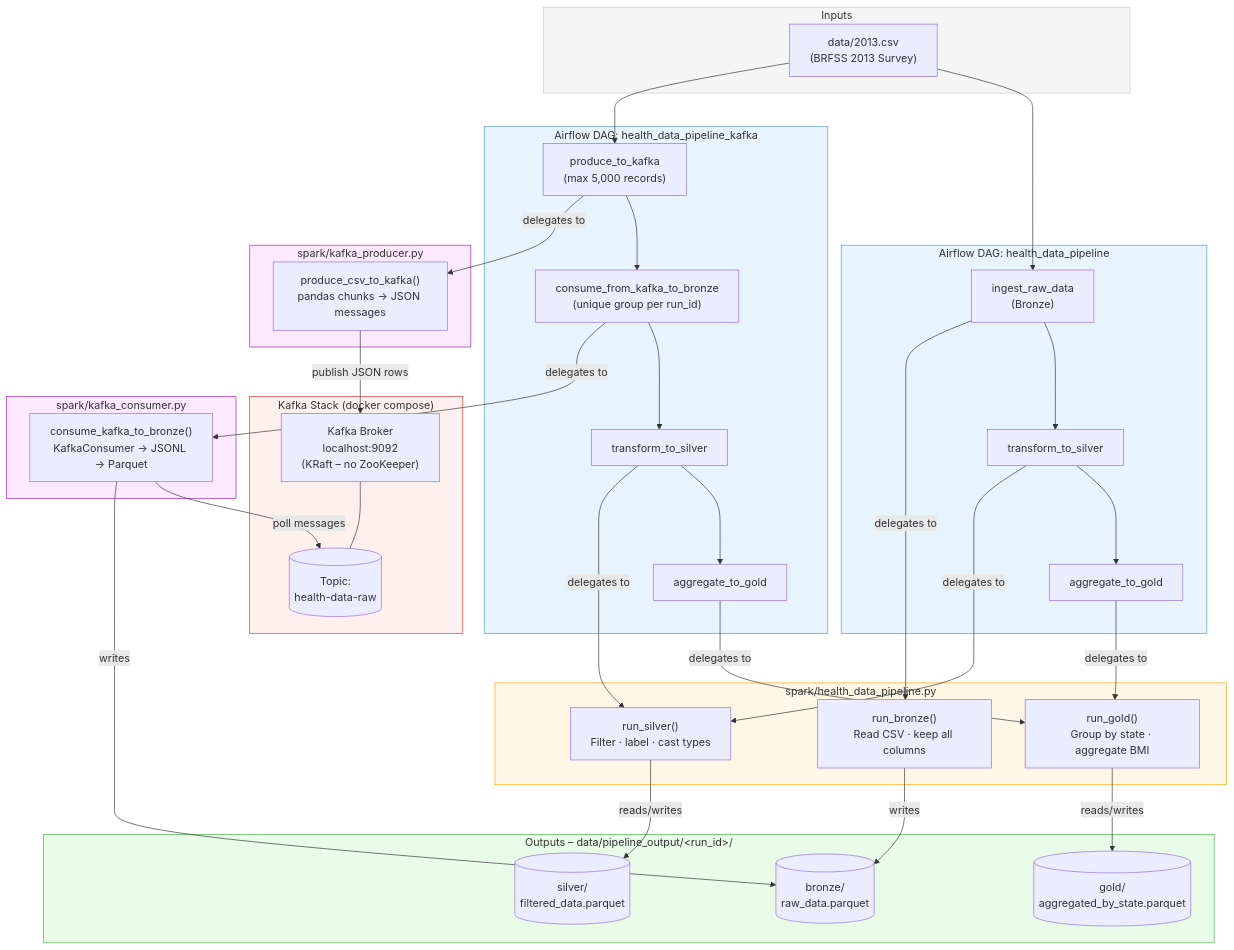
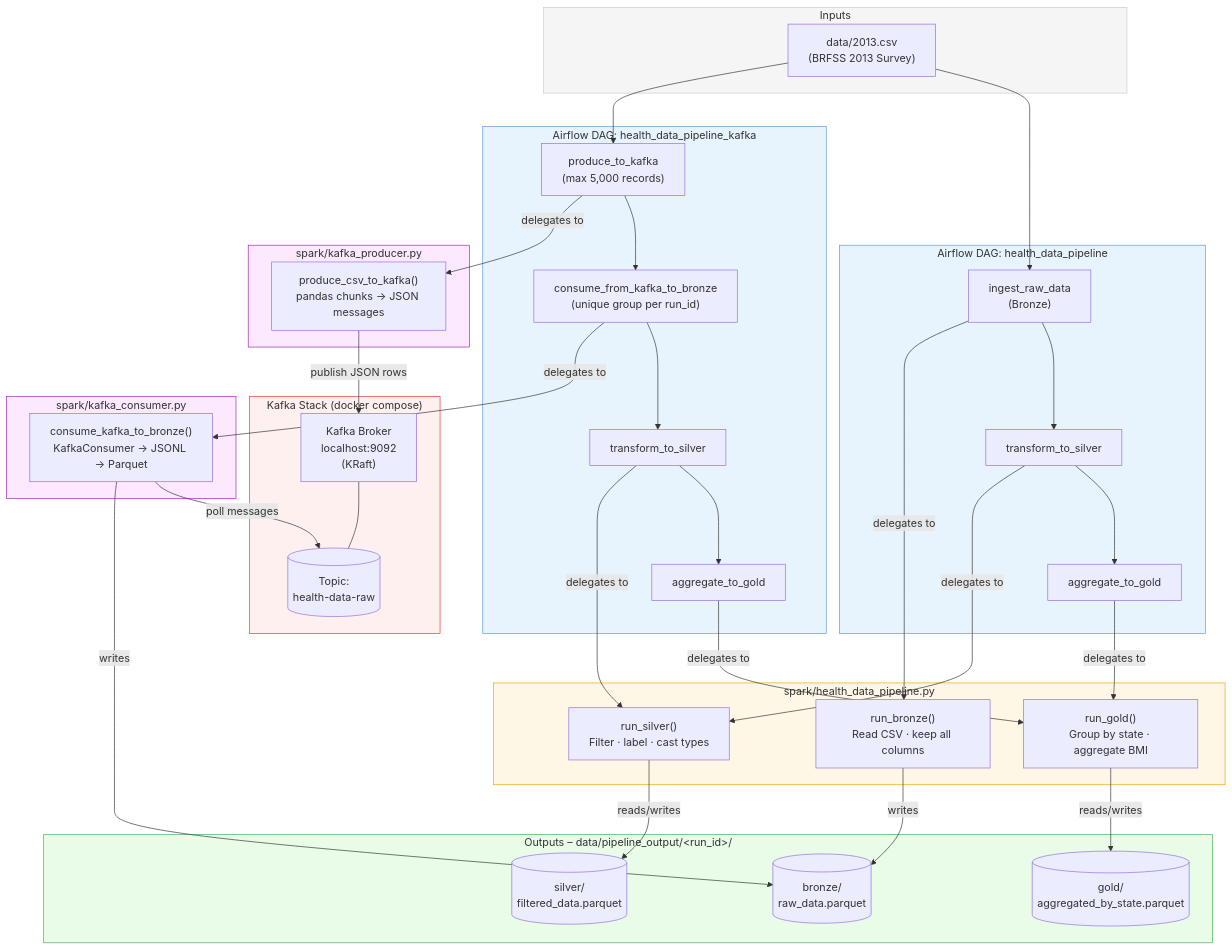
The diagram in pipeline_flow.md (justynadanielas/cdc-data-analysis), drawn with Mermaid before and after one commit. The commit also changed 3 other files, not shown here.

````diff
--- a/pipeline_flow.md
+++ b/pipeline_flow.md
@@ -1,79 +1,79 @@
 ```mermaid
 flowchart TD
     subgraph inputs["Inputs"]
         CSV["data/2013.csv<br/>(BRFSS 2013 Survey)"]
     end
 
     subgraph kafka_stack["Kafka Stack (docker compose)"]
-        BROKER["Kafka Broker<br/>localhost:9092<br/>(KRaft – no ZooKeeper)"]
+        BROKER["Kafka Broker<br/>localhost:9092<br/>(KRaft)"]
         TOPIC[("Topic:<br/>health-data-raw")]
         BROKER --- TOPIC
     end
 
     subgraph dag_direct["Airflow DAG: health_data_pipeline"]
         T1["ingest_raw_data<br/>(Bronze)"]
         T2_d["transform_to_silver"]
         T3_d["aggregate_to_gold"]
         T1 --> T2_d --> T3_d
     end
 
     subgraph dag_kafka["Airflow DAG: health_data_pipeline_kafka"]
         P["produce_to_kafka<br/>(max 5,000 records)"]
         C["consume_from_kafka_to_bronze<br/>(unique group per run_id)"]
         T2_k["transform_to_silver"]
         T3_k["aggregate_to_gold"]
         P --> C --> T2_k --> T3_k
     end
 
     subgraph spark_core["spark/health_data_pipeline.py"]
         S1["run_bronze()<br/>Read CSV · keep all columns"]
         S2["run_silver()<br/>Filter · label · cast types"]
         S3["run_gold()<br/>Group by state · aggregate BMI"]
     end
 
     subgraph producer_module["spark/kafka_producer.py"]
         PROD["produce_csv_to_kafka()<br/>pandas chunks → JSON messages"]
     end
 
     subgraph consumer_module["spark/kafka_consumer.py"]
         CONS["consume_kafka_to_bronze()<br/>KafkaConsumer → JSONL → Parquet"]
     end
 
     subgraph storage["Outputs – data/pipeline_output/&lt;run_id&gt;/"]
         B[("bronze/<br/>raw_data.parquet")]
         SL[("silver/<br/>filtered_data.parquet")]
         G[("gold/<br/>aggregated_by_state.parquet")]
     end
 
     %% Direct path
     CSV --> T1
     T1 -- "delegates to" --> S1
     T2_d -- "delegates to" --> S2
     T3_d -- "delegates to" --> S3
 
     %% Kafka path
     CSV --> P
     P -- "delegates to" --> PROD
     PROD -- "publish JSON rows" --> BROKER
     C -- "delegates to" --> CONS
     CONS -- "poll messages" --> TOPIC
 
     %% Shared Silver/Gold (both DAGs)
     T2_k -- "delegates to" --> S2
     T3_k -- "delegates to" --> S3
 
     %% Writes
     S1 -- "writes" --> B
     CONS -- "writes" --> B
     S2 -- "reads/writes" --> SL
     S3 -- "reads/writes" --> G
 
     style inputs fill:#f5f5f5,stroke:#ccc
     style kafka_stack fill:#fff0f0,stroke:#e53935
     style dag_direct fill:#e8f4fd,stroke:#5b9bd5
     style dag_kafka fill:#e8f4fd,stroke:#5b9bd5
     style spark_core fill:#fff7e6,stroke:#f0a500
     style producer_module fill:#fce8ff,stroke:#9c27b0
     style consumer_module fill:#fce8ff,stroke:#9c27b0
     style storage fill:#e8fce8,stroke:#4caf50
 ```
````
